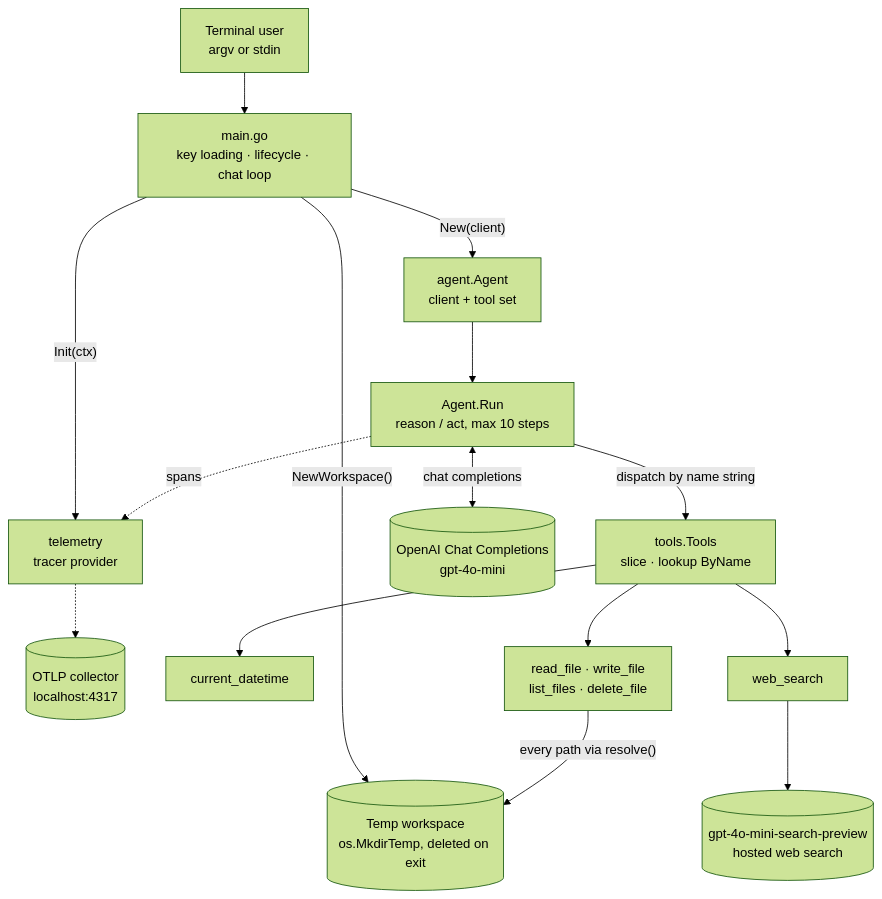
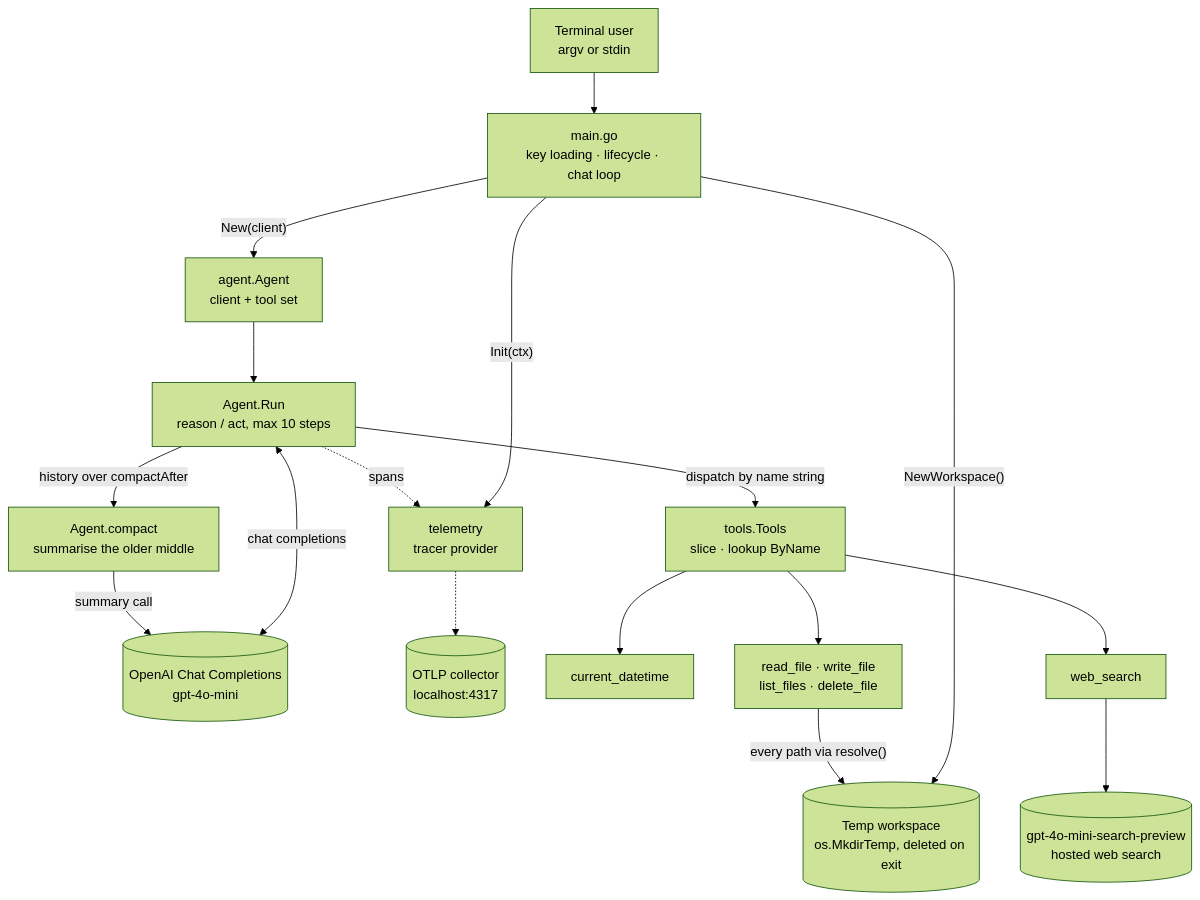
One commit to campoy/gai changed the first of 5 diagrams in ARCHITECTURE.md. Above: the diagram before and after it, drawn with Mermaid (forest theme). The commit also changed other lines of this file and 2 other files, not shown here.

````diff
--- a/ARCHITECTURE.md
+++ b/ARCHITECTURE.md
@@ -20,28 +20,30 @@
 ```mermaid
 flowchart TD
   user["Terminal user<br/>argv or stdin"]
   main["main.go<br/>key loading · lifecycle · chat loop"]
   ws[("Temp workspace<br/>os.MkdirTemp, deleted on exit")]
   tel["telemetry<br/>tracer provider"]
   ag["agent.Agent<br/>client + tool set"]
   loop["Agent.Run<br/>reason / act, max 10 steps"]
   reg["tools.Tools<br/>slice · lookup ByName"]
   api[("OpenAI Chat Completions<br/>gpt-4o-mini")]
   search[("gpt-4o-mini-search-preview<br/>hosted web search")]
   coll[("OTLP collector<br/>localhost:4317")]
 
   user --> main
   main -->|"NewWorkspace()"| ws
   main -->|"Init(ctx)"| tel
   main -->|"New(client)"| ag
   ag --> loop
   loop <-->|"chat completions"| api
+  loop -->|"history over compactAfter"| comp["Agent.compact<br/>summarise the older middle"]
+  comp -->|"summary call"| api
   loop -->|"dispatch by name string"| reg
   reg --> dt["current_datetime"]
   reg --> files["read_file · write_file<br/>list_files · delete_file"]
   reg --> web["web_search"]
   files -->|"every path via resolve()"| ws
   web --> search
   loop -.->|"spans"| tel
   tel -.-> coll
 ```
````
